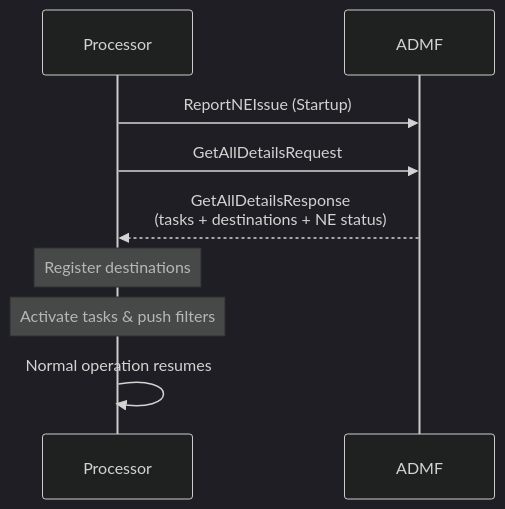
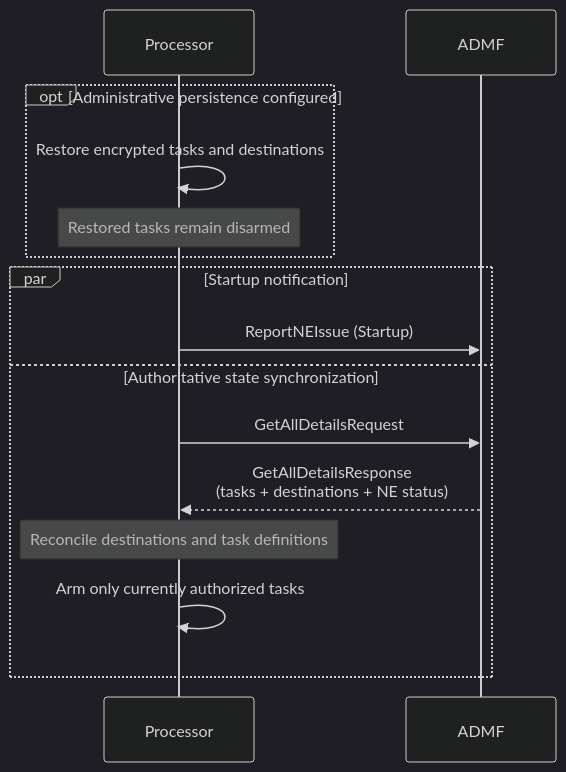
One commit to endorses/lippycat changed the third of 4 diagrams in docs/manual/src/part5-advanced/lawful-interception.md. Above: the diagram before and after it, drawn with Mermaid (dark theme). The commit also changed other lines of this file and 3 other files, not shown here.

````diff
--- a/docs/manual/src/part5-advanced/lawful-interception.md
+++ b/docs/manual/src/part5-advanced/lawful-interception.md
@@ -458,11 +460,17 @@
 ```mermaid
 sequenceDiagram
     participant P as Processor
     participant A as ADMF
-    P->>A: ReportNEIssue (Startup)
-    P->>A: GetAllDetailsRequest
-    A-->>P: GetAllDetailsResponse<br/>(tasks + destinations + NE status)
-    Note over P: Register destinations
-    Note over P: Activate tasks & push filters
-    P->>P: Normal operation resumes
+    opt Administrative persistence configured
+        P->>P: Restore encrypted tasks and destinations
+        Note over P: Restored tasks remain disarmed
+    end
+    par Startup notification
+        P->>A: ReportNEIssue (Startup)
+    and Authoritative state synchronization
+        P->>A: GetAllDetailsRequest
+        A-->>P: GetAllDetailsResponse<br/>(tasks + destinations + NE status)
+        Note over P: Reconcile destinations and task definitions
+        P->>P: Arm only currently authorized tasks
+    end
 ```
````
